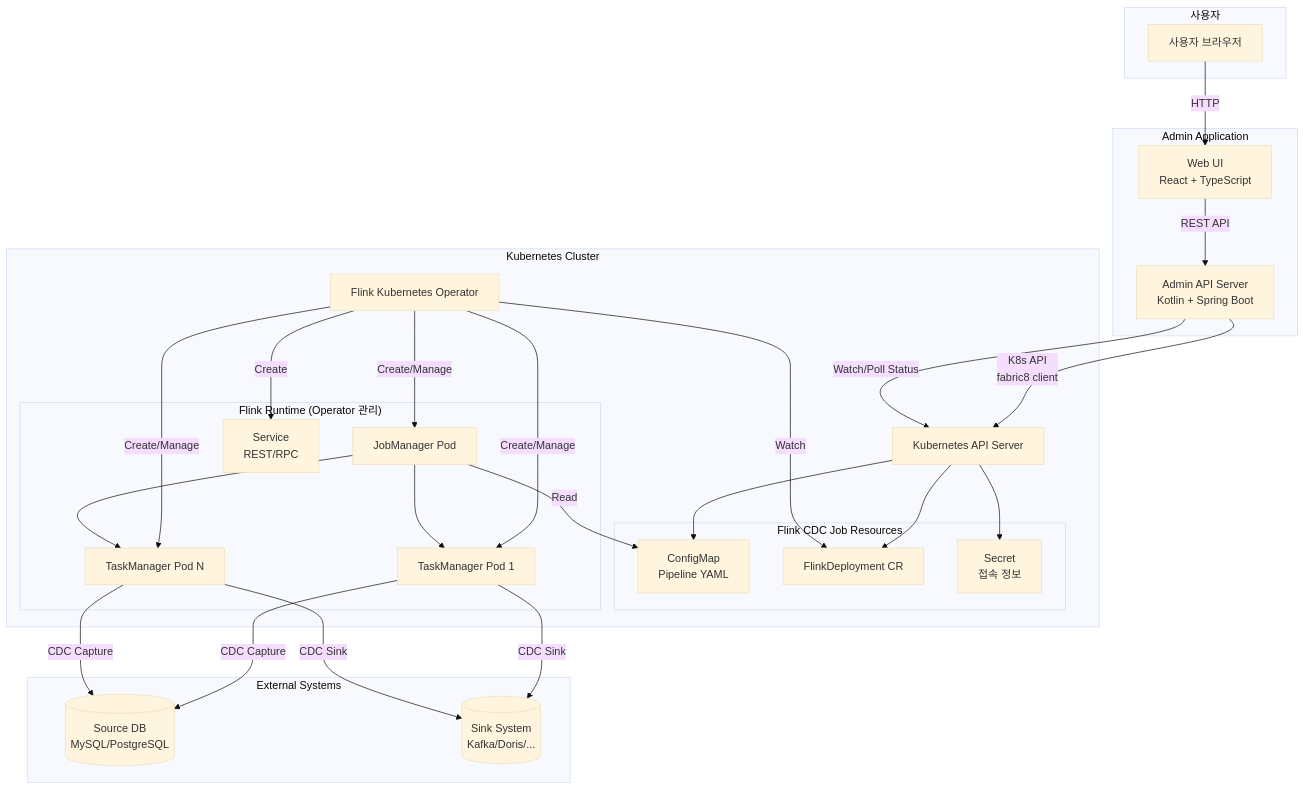
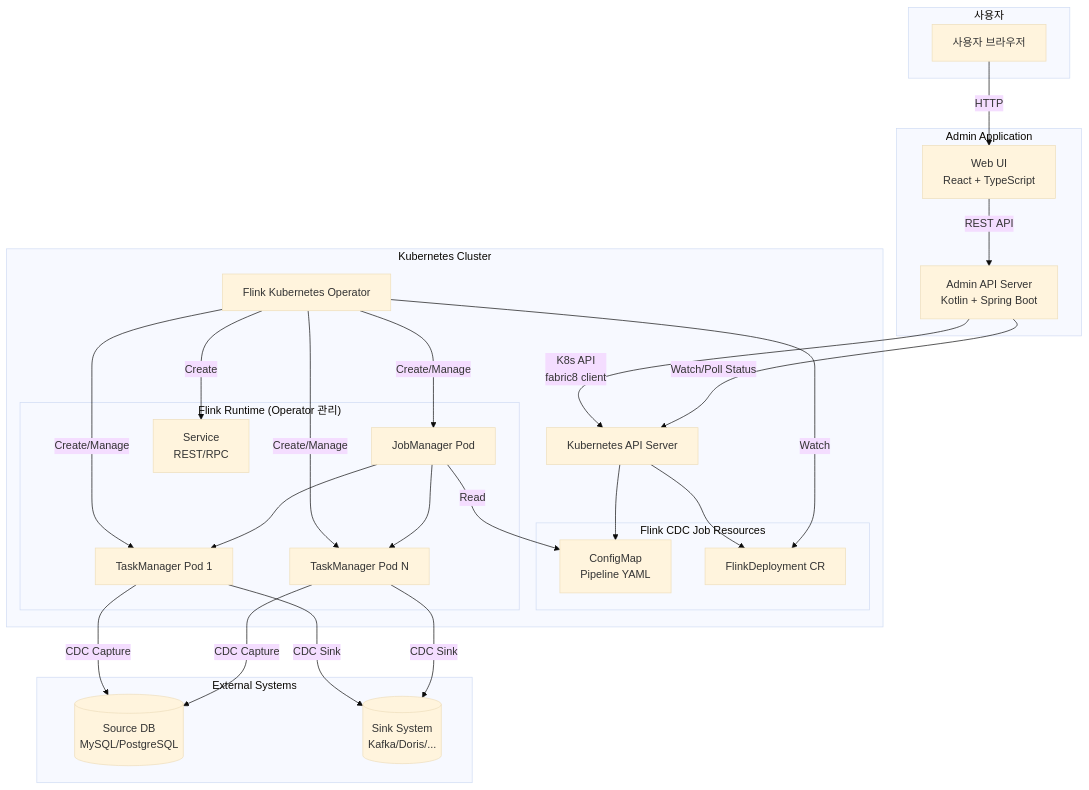
One commit to robinjoon/Flink-Manager changed the first of 4 diagrams in ARCHITECTURE.md. Above: the diagram before and after it, drawn with Mermaid (base theme). The commit also changed other lines of this file and 1 other file, not shown here.

````diff
--- a/ARCHITECTURE.md
+++ b/ARCHITECTURE.md
@@ -21,54 +21,52 @@
 ```mermaid
 graph TB
     subgraph "사용자"
         User[사용자 브라우저]
     end
 
     subgraph "Admin Application"
         UI[Web UI<br/>React + TypeScript]
         API[Admin API Server<br/>Kotlin + Spring Boot]
     end
 
     subgraph "Kubernetes Cluster"
         K8S[Kubernetes API Server]
         OP[Flink Kubernetes Operator]
 
         subgraph "Flink CDC Job Resources"
             CM[ConfigMap<br/>Pipeline YAML]
             FD[FlinkDeployment CR]
-            SEC[Secret<br/>접속 정보]
         end
 
         subgraph "Flink Runtime (Operator 관리)"
             JM[JobManager Pod]
             TM1[TaskManager Pod 1]
             TM2[TaskManager Pod N]
             SVC[Service<br/>REST/RPC]
         end
     end
 
     subgraph "External Systems"
         SRC[(Source DB<br/>MySQL/PostgreSQL)]
         SNK[(Sink System<br/>Kafka/Doris/...)]
     end
 
     User -->|HTTP| UI
     UI -->|REST API| API
     API -->|K8s API<br/>fabric8 client| K8S
     K8S --> CM
     K8S --> FD
-    K8S --> SEC
     OP -->|Watch| FD
     OP -->|Create/Manage| JM
     OP -->|Create/Manage| TM1
     OP -->|Create/Manage| TM2
     OP -->|Create| SVC
     JM --> TM1
     JM --> TM2
     JM -->|Read| CM
     TM1 -->|CDC Capture| SRC
     TM1 -->|CDC Sink| SNK
     TM2 -->|CDC Capture| SRC
     TM2 -->|CDC Sink| SNK
     API -->|Watch/Poll Status| K8S
 ```
````
